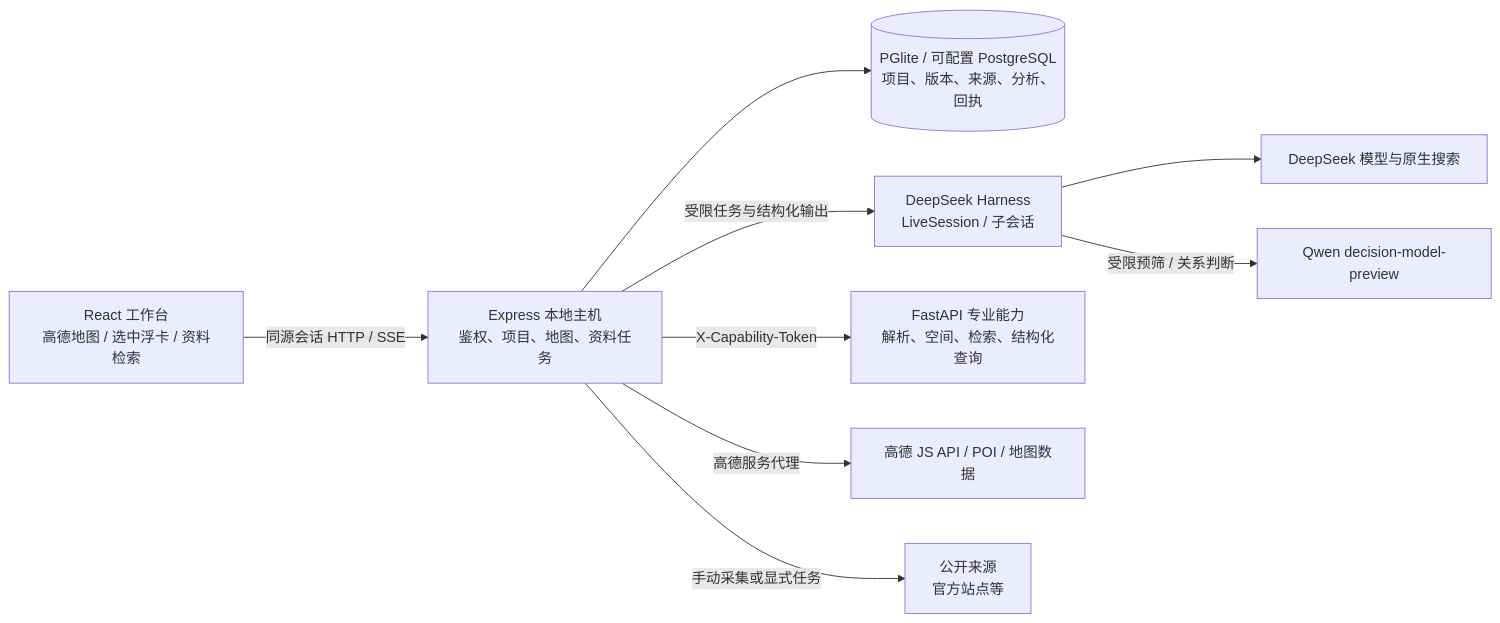
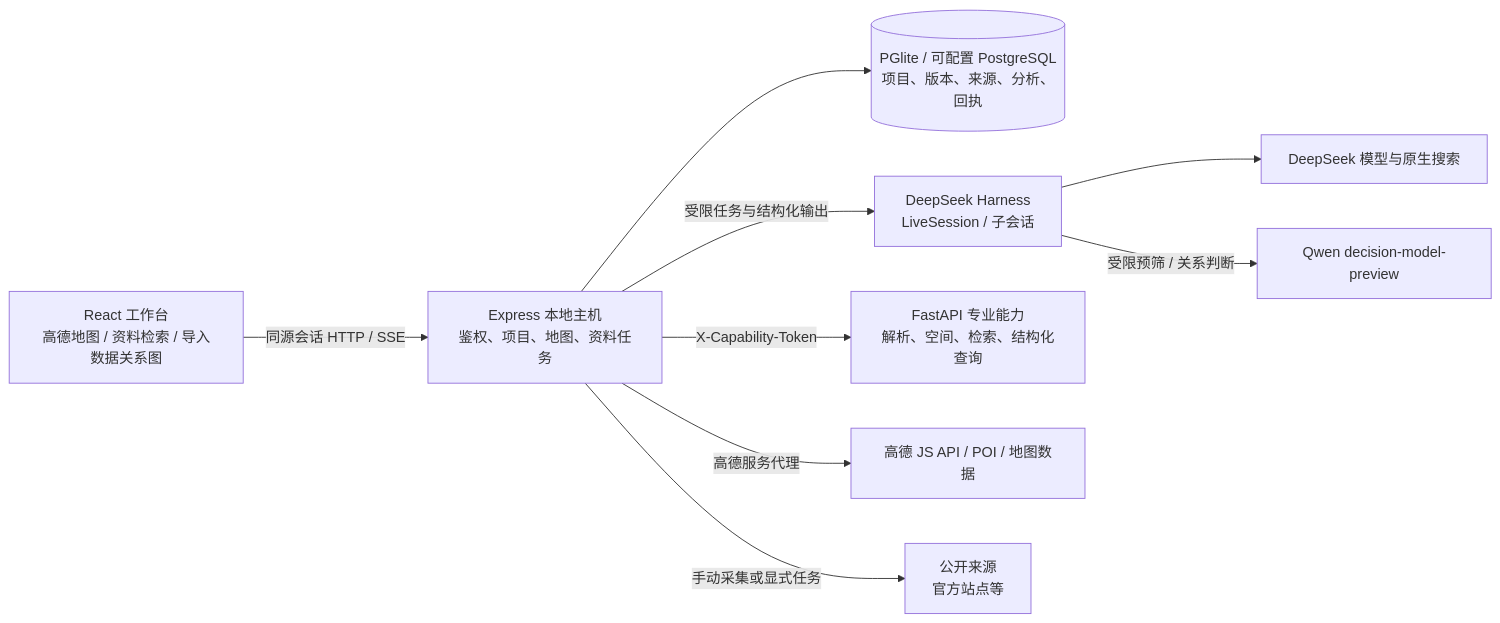
The diagram in docs/engineering.md (zhu607705-coder/jiangong-ai), drawn with Mermaid before and after one commit. The commit also changed other lines of this file and 11 other files, not shown here.

Commit message:
Add source-backed import graph and analysis panel

````diff
--- a/docs/engineering.md
+++ b/docs/engineering.md
@@ -7,11 +7,11 @@
 ```mermaid
 flowchart LR
-    UI[React 工作台\n高德地图 / 选中浮卡 / 资料检索] -->|同源会话 HTTP / SSE| HOST[Express 本地主机\n鉴权、项目、地图、资料任务]
+    UI[React 工作台\n高德地图 / 资料检索 / 导入数据关系图] -->|同源会话 HTTP / SSE| HOST[Express 本地主机\n鉴权、项目、地图、资料任务]
     HOST --> DB[(PGlite / 可配置 PostgreSQL\n项目、版本、来源、分析、回执)]
     HOST -->|受限任务与结构化输出| DSH[DeepSeek Harness\nLiveSession / 子会话]
     DSH --> DS[DeepSeek 模型与原生搜索]
     DSH -->|受限预筛 / 关系判断| QWEN[Qwen decision-model-preview]
     HOST -->|X-Capability-Token| PY[FastAPI 专业能力\n解析、空间、检索、结构化查询]
     HOST -->|高德服务代理| AMAP[高德 JS API / POI / 地图数据]
     HOST -->|手动采集或显式任务| PUBLIC[公开来源\n官方站点等]
 ```
````
